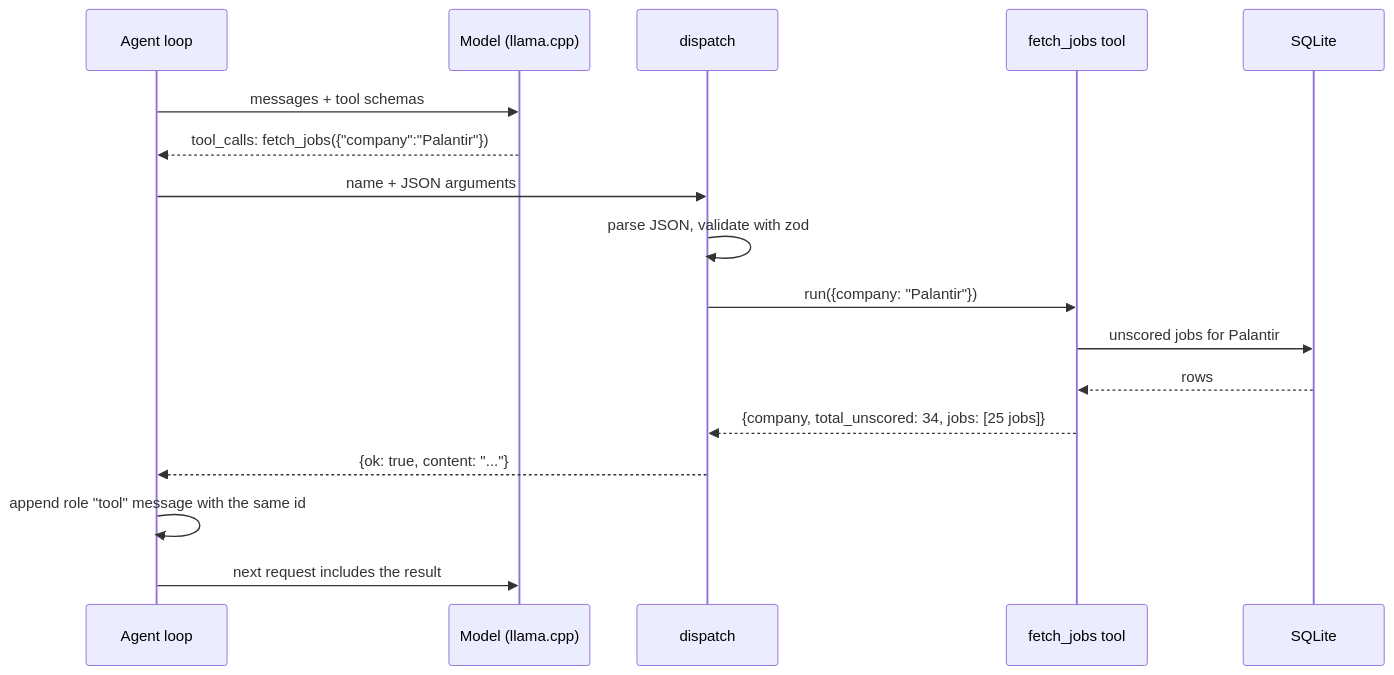
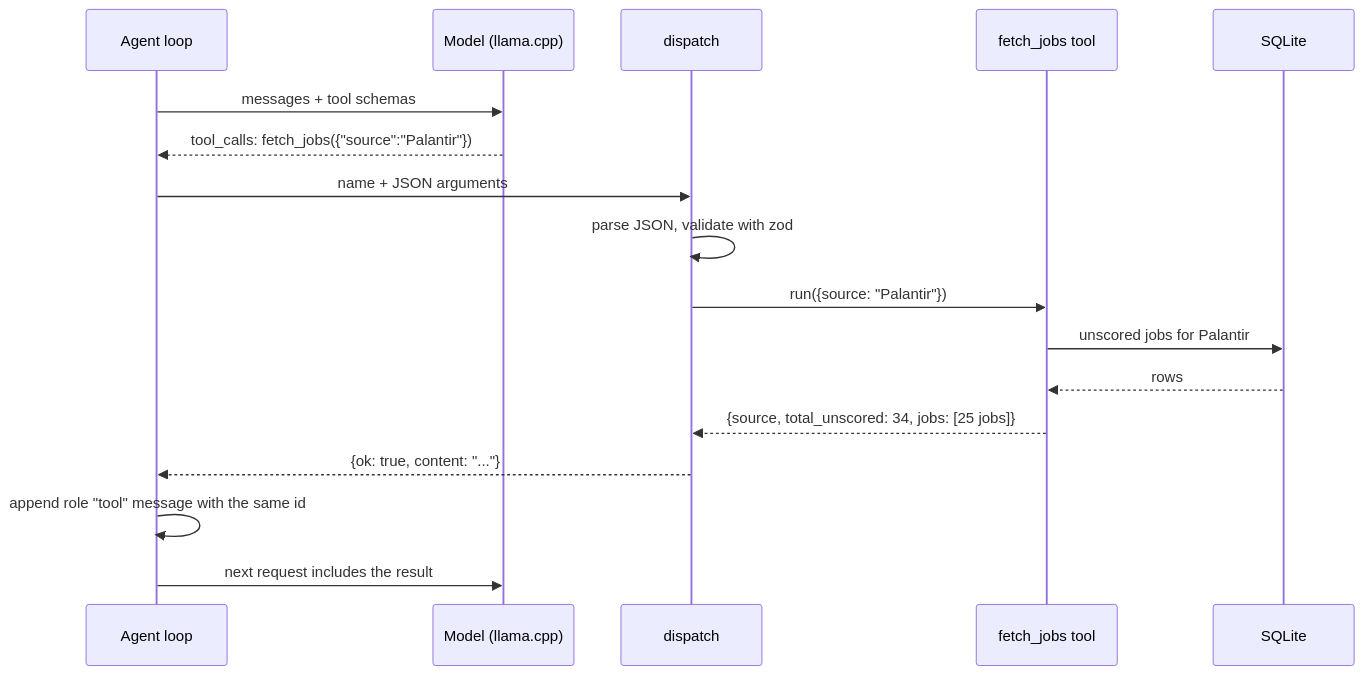
The third of 7 diagrams in README.md (risingfish/myjobbot), drawn with Mermaid before and after one commit. The commit also changed other lines of this file and 3 other files, not shown here.

````diff
--- a/README.md
+++ b/README.md
@@ -136,20 +137,20 @@
 ```mermaid
 sequenceDiagram
     participant L as Agent loop
     participant M as Model (llama.cpp)
     participant D as dispatch
     participant T as fetch_jobs tool
     participant DB as SQLite
 
     L->>M: messages + tool schemas
-    M-->>L: tool_calls: fetch_jobs({"company":"Palantir"})
+    M-->>L: tool_calls: fetch_jobs({"source":"Palantir"})
     L->>D: name + JSON arguments
     D->>D: parse JSON, validate with zod
-    D->>T: run({company: "Palantir"})
+    D->>T: run({source: "Palantir"})
     T->>DB: unscored jobs for Palantir
     DB-->>T: rows
-    T-->>D: {company, total_unscored: 34, jobs: [25 jobs]}
+    T-->>D: {source, total_unscored: 34, jobs: [25 jobs]}
     D-->>L: {ok: true, content: "..."}
     L->>L: append role "tool" message with the same id
     L->>M: next request includes the result
 ```
````
